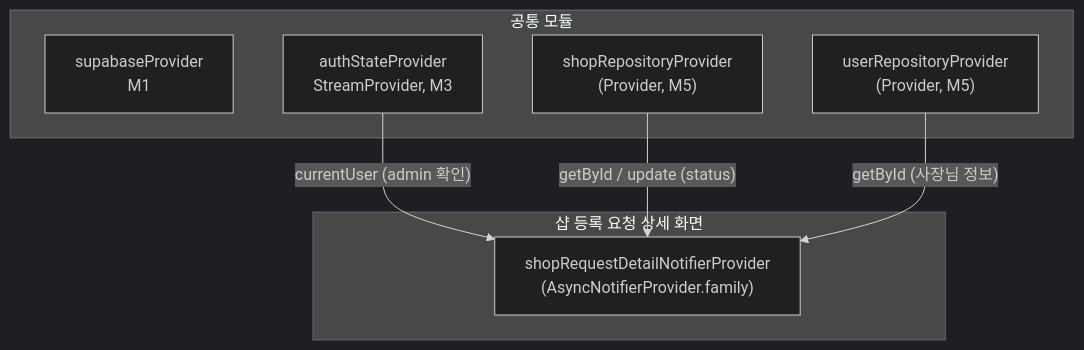
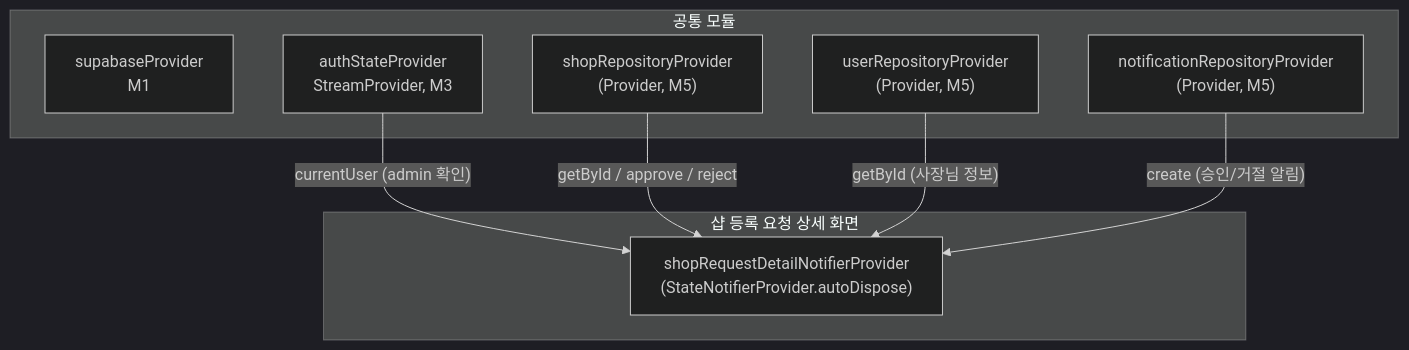
The diagram in docs/pages/admin-shop-request-detail/state.md (Pakkoc/badminton_app), drawn with Mermaid (dark theme) before and after one commit. The commit also changed other lines of this file and 3 other files, not shown here.

First line of the commit message:
docs: 관리자 샵 승인 플로우 SOT 문서를 실제 구현과 동기화

````diff
--- a/docs/pages/admin-shop-request-detail/state.md
+++ b/docs/pages/admin-shop-request-detail/state.md
@@ -63,17 +57,19 @@
 ```mermaid
 flowchart TD
     subgraph 공통_모듈["공통 모듈"]
         SP[supabaseProvider<br/>M1]
         AUTH[authStateProvider<br/>StreamProvider, M3]
         shopRepository["shopRepositoryProvider\n(Provider, M5)"]
         userRepository["userRepositoryProvider\n(Provider, M5)"]
+        notificationRepository["notificationRepositoryProvider\n(Provider, M5)"]
     end
 
     subgraph 요청상세_화면["샵 등록 요청 상세 화면"]
-        shopRequestDetailNotifier["shopRequestDetailNotifierProvider\n(AsyncNotifierProvider.family)"]
+        shopRequestDetailNotifier["shopRequestDetailNotifierProvider\n(StateNotifierProvider.autoDispose)"]
     end
 
     AUTH -->|"currentUser (admin 확인)"| shopRequestDetailNotifier
-    shopRepository -->|"getById / update (status)"| shopRequestDetailNotifier
+    shopRepository -->|"getById / approve / reject"| shopRequestDetailNotifier
     userRepository -->|"getById (사장님 정보)"| shopRequestDetailNotifier
+    notificationRepository -->|"create (승인/거절 알림)"| shopRequestDetailNotifier
 ```
````
